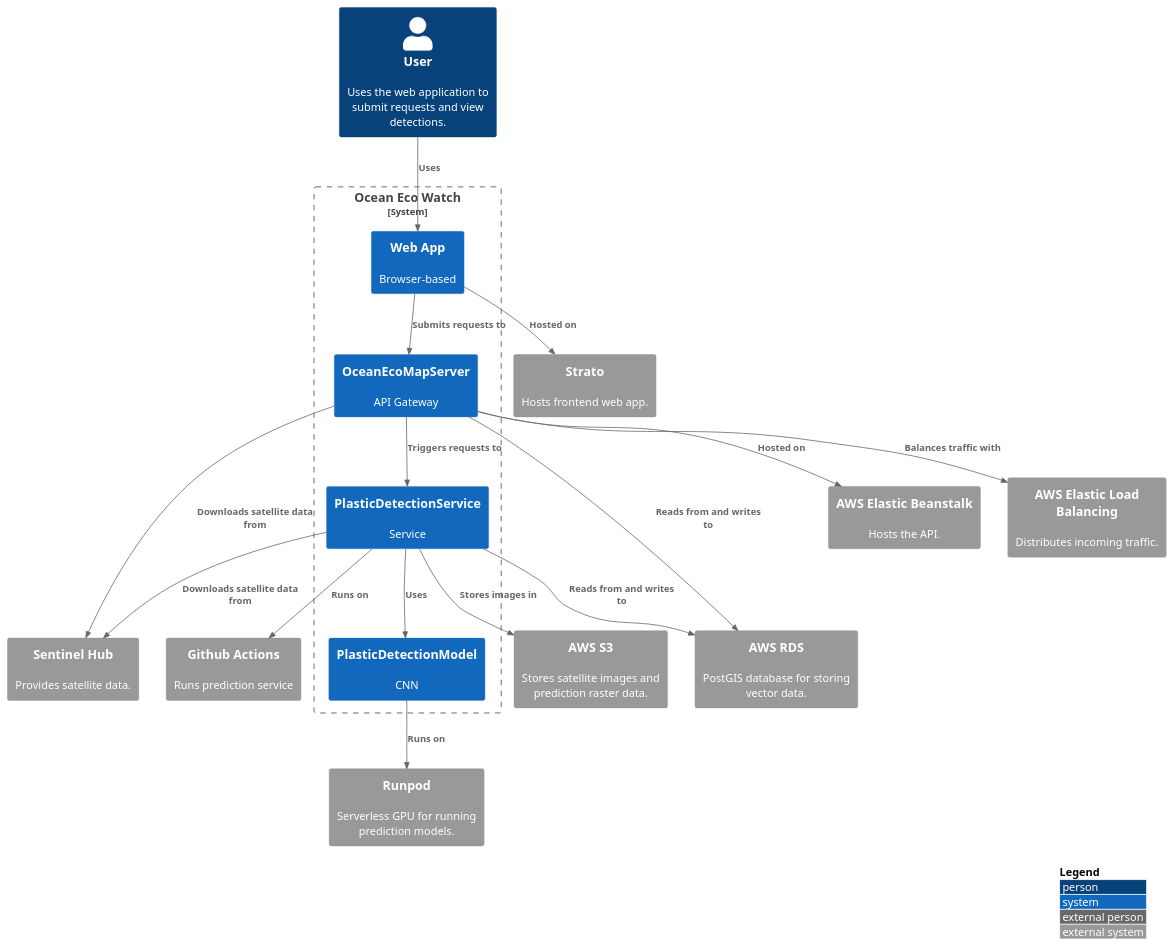
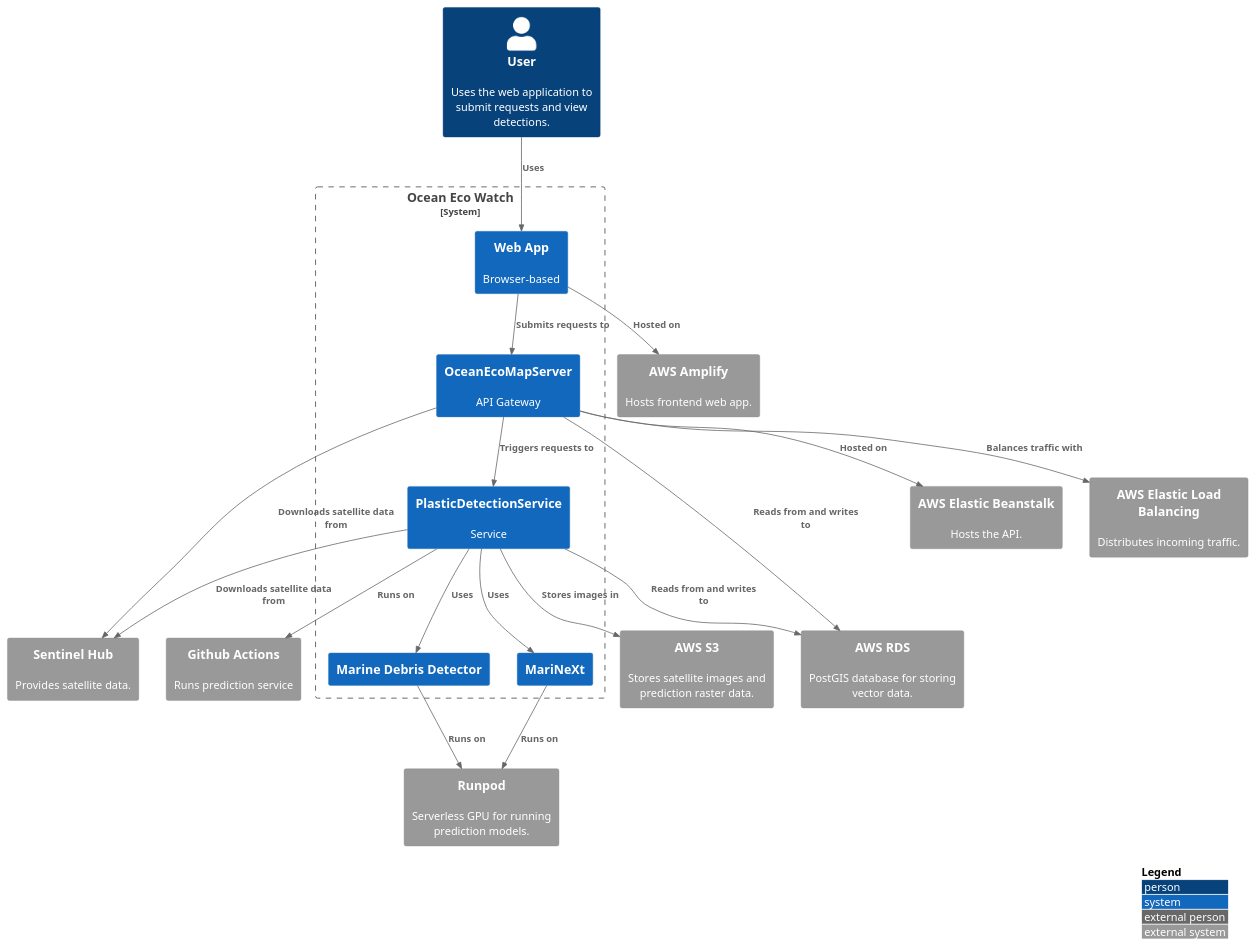
The diagram in docs/diagrams/puml/container_diagram.puml (OceanEcoWatch/PlasticDetectionService), drawn with PlantUML before and after one commit. The commit also changed 1 other file, not shown here.

Commit message:
update diagrams

```diff
--- a/docs/diagrams/puml/container_diagram.puml
+++ b/docs/diagrams/puml/container_diagram.puml
@@ -1,38 +1,42 @@
 @startuml container_diagram
 !include https://raw.githubusercontent.com/plantuml-stdlib/C4-PlantUML/master/C4_Context.puml
 
 LAYOUT_WITH_LEGEND()
 
 Person(user, "User", "Uses the web application to submit requests and view detections.")
 
 System_Boundary(system, "Ocean Eco Watch") {
     System(webApp, "Web App", "Browser-based")
     System(api, "OceanEcoMapServer", "API Gateway")
     System(svc, "PlasticDetectionService", "Service")
-    System(model, "PlasticDetectionModel", "CNN")
+    System(model, "Marine Debris Detector")
+    System(model2, "MariNeXt")
+
 }
 
 System_Ext(SentinelHub, "Sentinel Hub", "Provides satellite data.")
 System_Ext(AwsRds, "AWS RDS", "PostGIS database for storing vector data.")
 System_Ext(AwsS3, "AWS S3", "Stores satellite images and prediction raster data.")
 System_Ext(AwsElasticBeanstalk, "AWS Elastic Beanstalk", "Hosts the API.")
 System_Ext(AwsElasticLoadBalancing, "AWS Elastic Load Balancing", "Distributes incoming traffic.")
-System_Ext(Strato, "Strato", "Hosts frontend web app.")
+System_Ext(AwsAmplify, "AWS Amplify", "Hosts frontend web app.")
 System_Ext(Runpod, "Runpod", "Serverless GPU for running prediction models.")
 System_Ext(GithubActions, "Github Actions", "Runs prediction service")
 
 Rel(user, webApp, "Uses")
 Rel(webApp, api, "Submits requests to")
 Rel(api, svc, "Triggers requests to")
 Rel(api, SentinelHub, "Downloads satellite data from")
 Rel(svc, AwsRds, "Reads from and writes to")
 Rel(svc, model, "Uses")
+Rel(svc, model2, "Uses")
 Rel(svc, AwsS3, "Stores images in")
 Rel_R(api, AwsRds, "Reads from and writes to")
 Rel(svc, SentinelHub, "Downloads satellite data from")
 Rel(model, Runpod, "Runs on")
-Rel(webApp, Strato, "Hosted on")
+Rel(model2, Runpod, "Runs on")
+Rel(webApp, AwsAmplify, "Hosted on")
 Rel(api, AwsElasticBeanstalk, "Hosted on")
 Rel(api, AwsElasticLoadBalancing, "Balances traffic with")
 Rel(svc, GithubActions, "Runs on")
 @enduml
```
